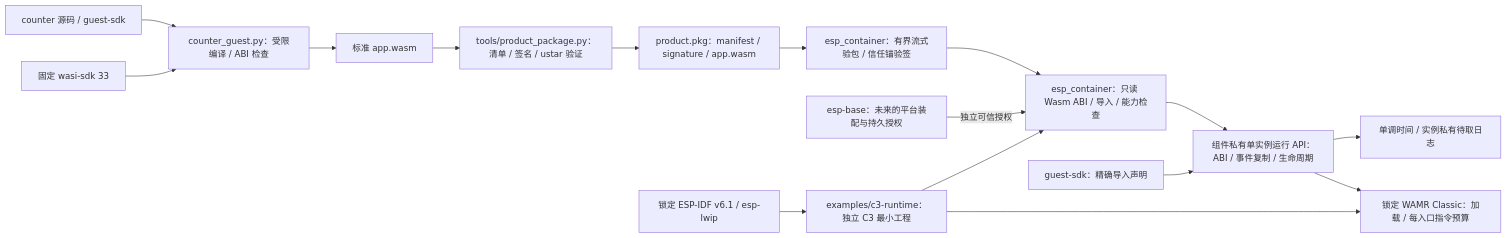
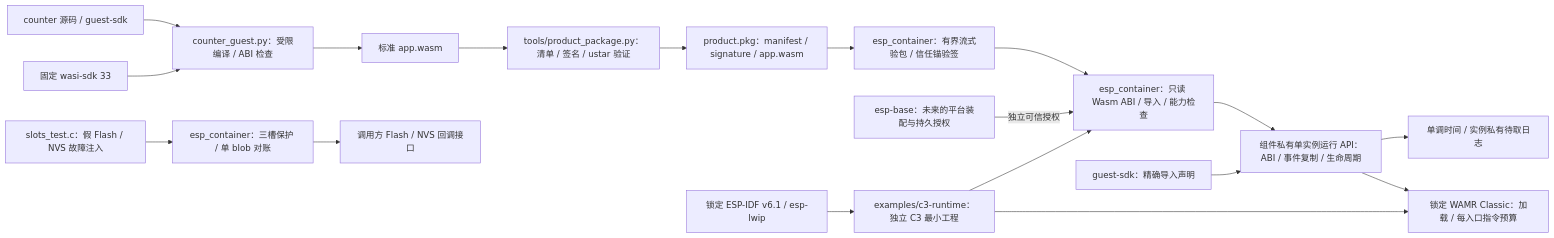
Before and after one commit to darren-you/esp-container: the diagram in README.md, drawn with Mermaid. The commit also changed other lines of this file and 7 other files, not shown here.

````diff
--- a/README.md
+++ b/README.md
@@ -7,19 +7,21 @@
 ```mermaid
 flowchart LR
     product["counter 源码 / guest-sdk"] --> guest["counter_guest.py：受限编译 / ABI 检查"]
     wasi["固定 wasi-sdk 33"] --> guest
     guest --> wasm["标准 app.wasm"]
     wasm --> tool["tools/product_package.py：清单 / 签名 / ustar 验证"]
     tool --> pkg["product.pkg：manifest / signature / app.wasm"]
     pkg --> verifier["esp_container：有界流式验包 / 信任锚验签"]
     verifier --> scanner["esp_container：只读 Wasm ABI / 导入 / 能力检查"]
     base -->|"独立可信授权"| scanner
+    slot_tests["slots_test.c：假 Flash / NVS 故障注入"] --> slots["esp_container：三槽保护 / 单 blob 对账"]
+    slots --> slot_callbacks["调用方 Flash / NVS 回调接口"]
     scanner --> runtime["组件私有单实例运行 API：ABI / 事件复制 / 生命周期"]
     sdk["guest-sdk：精确导入声明"] --> runtime
     runtime --> host["单调时间 / 实例私有待取日志"]
     runtime --> wamr["锁定 WAMR Classic：加载 / 每入口指令预算"]
     sample["examples/c3-runtime：独立 C3 最小工程"] --> scanner
     sample --> wamr
     idf["锁定 ESP-IDF v6.1 / esp-lwip"] --> sample
     base["esp-base：未来的平台装配与持久授权"]
 ```
````
